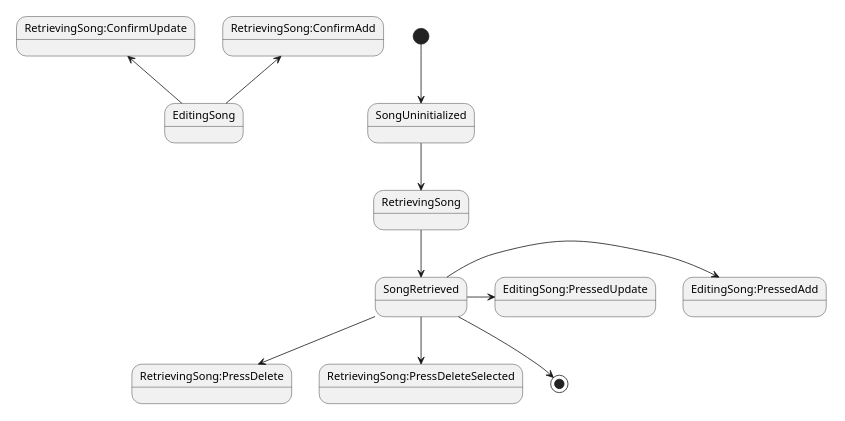
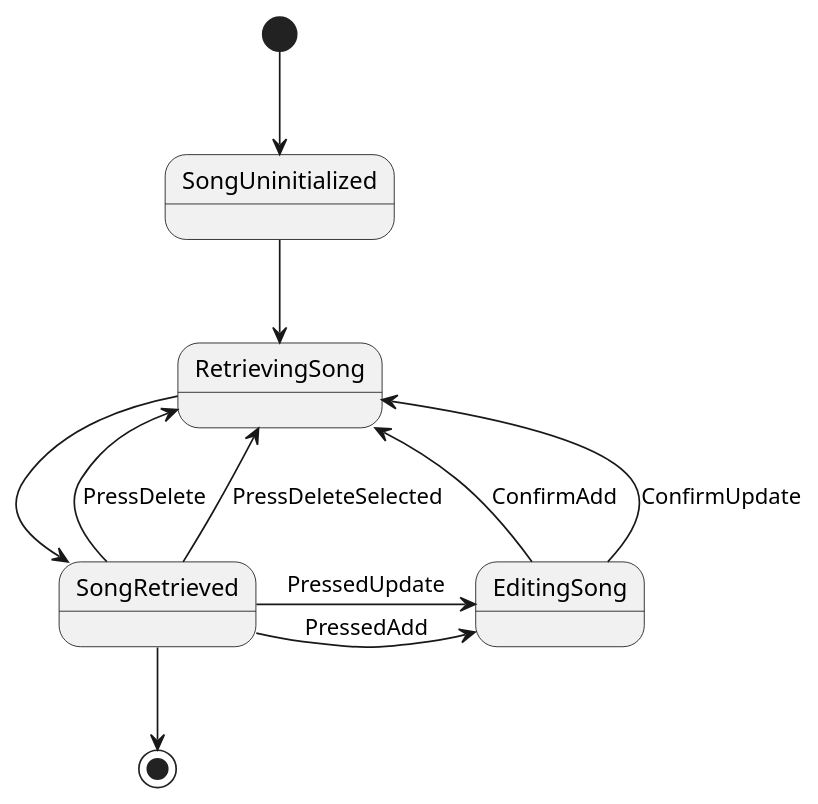
One commit to amamiseiya/shonichi_Flutter changed the diagram in documents/state_diagram/song_list_page.wsd. Above: the diagram before and after it, drawn with PlantUML. The commit also changed 210 other files, not shown here.

```diff
--- a/documents/state_diagram/song_list_page.wsd
+++ b/documents/state_diagram/song_list_page.wsd
@@ -1,15 +1,15 @@
 @startuml SongListPageState
 scale 500 width
 
 [*] --> SongUninitialized
-SongUninitialized-->RetrievingSong
-RetrievingSong-->SongRetrieved
-SongRetrieved-->RetrievingSong:PressDelete
-SongRetrieved-->RetrievingSong:PressDeleteSelected
-SongRetrieved->EditingSong:PressedAdd
-SongRetrieved->EditingSong:PressedUpdate
-EditingSong-up->RetrievingSong:ConfirmAdd
-EditingSong-up->RetrievingSong:ConfirmUpdate
-SongRetrieved-->[*]
+SongUninitialized --> RetrievingSong
+RetrievingSong --> SongRetrieved
+SongRetrieved --> RetrievingSong : PressDelete
+SongRetrieved --> RetrievingSong : PressDeleteSelected
+SongRetrieved -> EditingSong : PressedAdd
+SongRetrieved -> EditingSong : PressedUpdate
+EditingSong -up-> RetrievingSong : ConfirmAdd
+EditingSong -up->RetrievingSong : ConfirmUpdate
+SongRetrieved --> [*]
 
 @enduml
```
